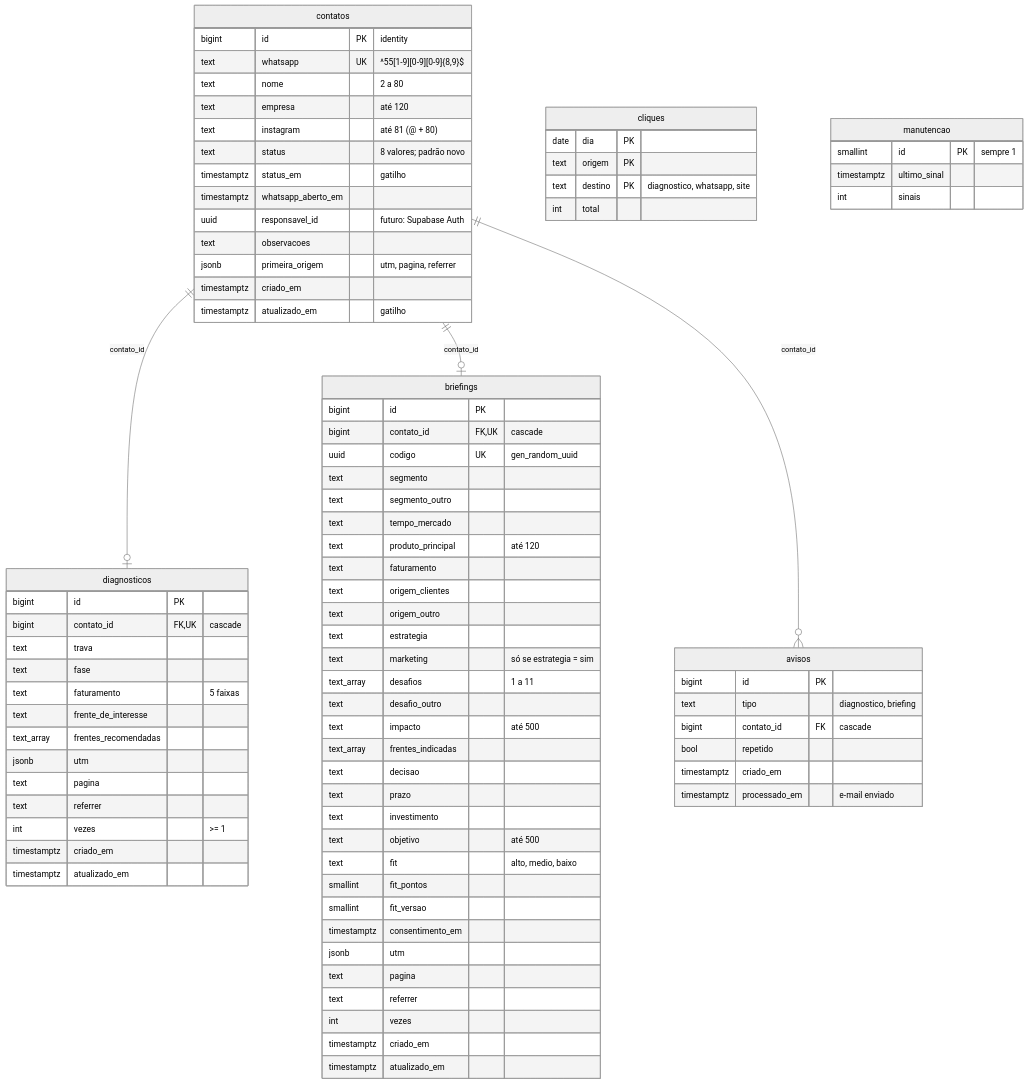
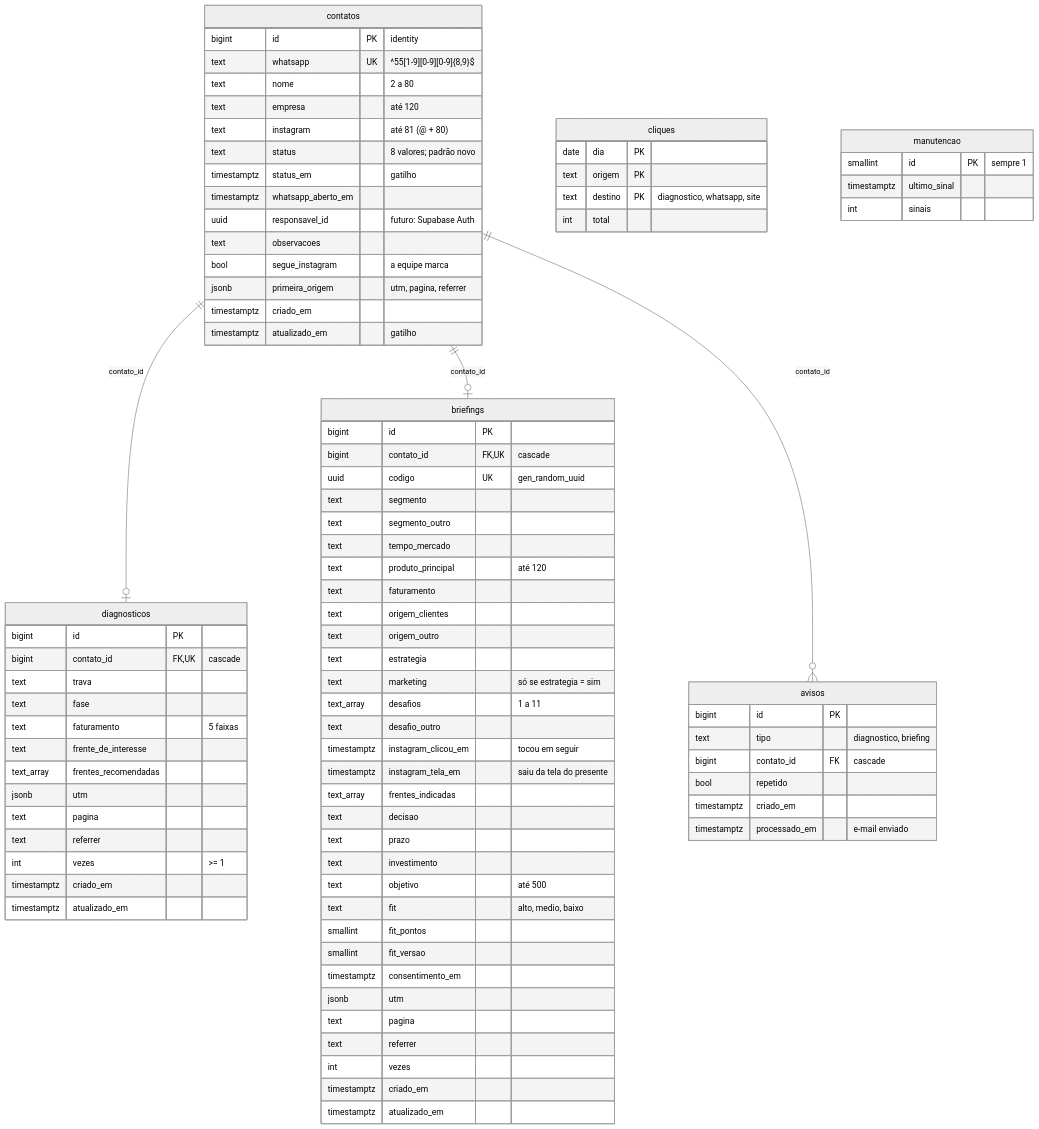
The second of 7 diagrams in docs/tecnico/09-modelo-de-dados-e-integracoes.md (theufirminoo/sa-marketing-project-landingpag), drawn with Mermaid (neutral theme) before and after one commit. The commit also changed other lines of this file and 16 other files, not shown here.

First line of the commit message:
Briefing: sem a pergunta do impacto; presente com Instagram e agradecimento

```diff
--- a/docs/tecnico/09-modelo-de-dados-e-integracoes.md
+++ b/docs/tecnico/09-modelo-de-dados-e-integracoes.md
@@ -59,6 +59,7 @@
     timestamptz whatsapp_aberto_em
     uuid responsavel_id "futuro: Supabase Auth"
     text observacoes
+    bool segue_instagram "a equipe marca"
     jsonb primeira_origem "utm, pagina, referrer"
     timestamptz criado_em
     timestamptz atualizado_em "gatilho"
@@ -93,7 +94,8 @@
     text marketing "só se estrategia = sim"
     text_array desafios "1 a 11"
     text desafio_outro
-    text impacto "até 500"
+    timestamptz instagram_clicou_em "tocou em seguir"
+    timestamptz instagram_tela_em "saiu da tela do presente"
     text_array frentes_indicadas
     text decisao
     text prazo
```
